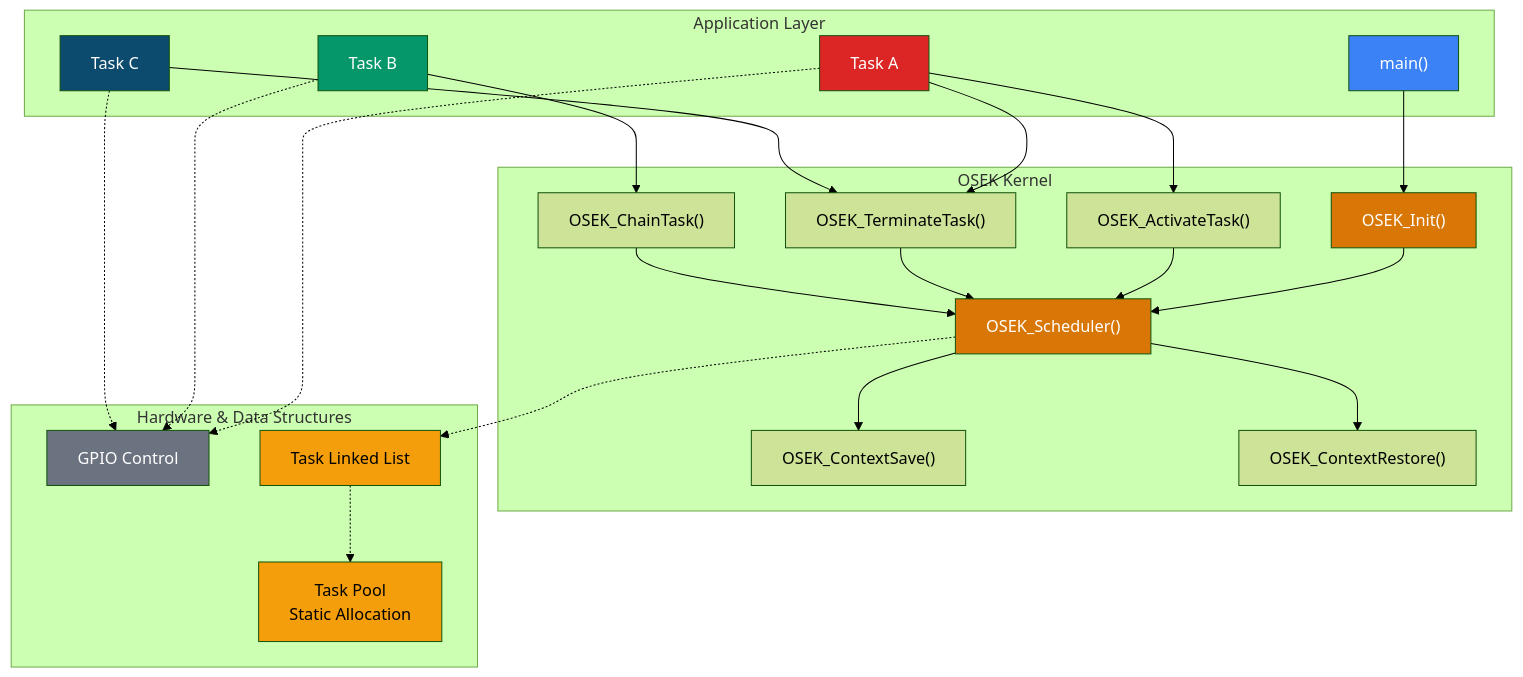
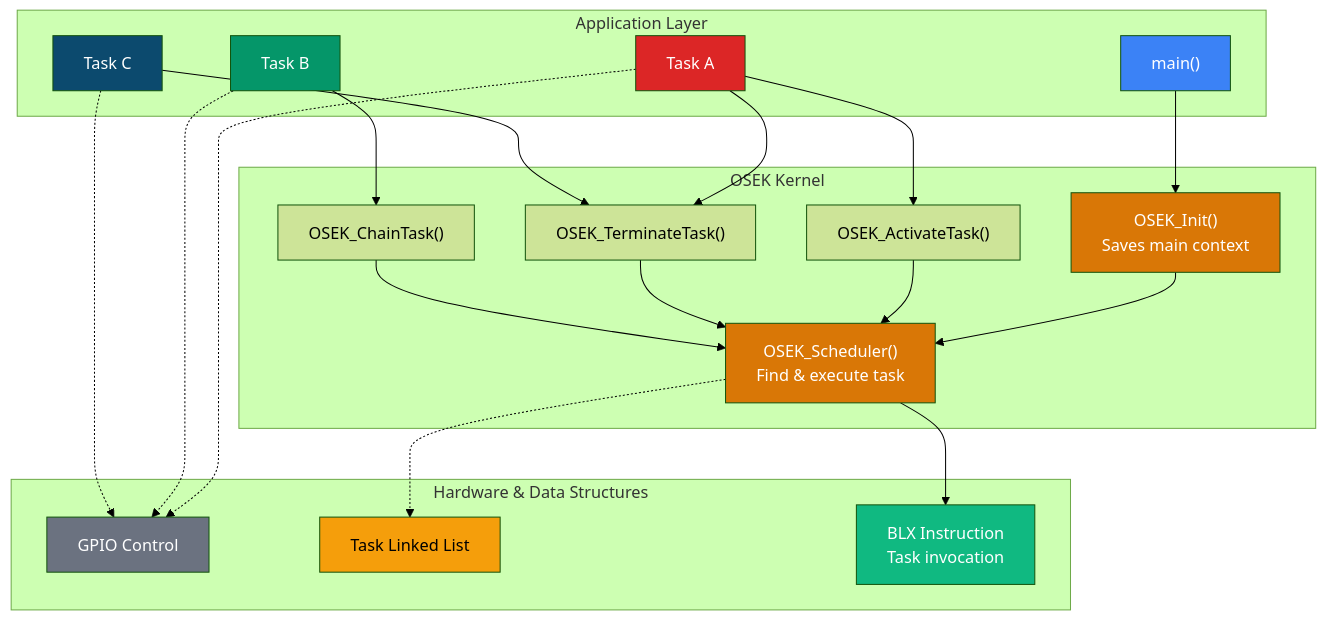
The fifth of 7 diagrams in README.md (ivansigala/OSEK), drawn with Mermaid (forest theme) before and after one commit. The commit also changed other lines of this file, not shown here.

````diff
--- a/README.md
+++ b/README.md
@@ -152,54 +158,50 @@
 ```mermaid
 graph TD
     subgraph "Application Layer"
         APP["main()"]
         TASKA["Task A"]
         TASKB["Task B"]
         TASKC["Task C"]
     end
     
     subgraph "OSEK Kernel"
-        INIT["OSEK_Init()"]
-        SCHED["OSEK_Scheduler()"]
-        CTXSAVE["OSEK_ContextSave()"]
-        CTXREST["OSEK_ContextRestore()"]
+        INIT["OSEK_Init()<br/>Saves main context"]
+        SCHED["OSEK_Scheduler()<br/>Find & execute task"]
         ACTIVATE["OSEK_ActivateTask()"]
         TERMINATE["OSEK_TerminateTask()"]
         CHAIN["OSEK_ChainTask()"]
     end
     
     subgraph "Hardware & Data Structures"
         GPIO["GPIO Control"]
-        POOL["Task Pool<br/>Static Allocation"]
         QUEUE["Task Linked List"]
+        BLX["BLX Instruction<br/>Task invocation"]
     end
     
     APP --> INIT
     TASKA --> TERMINATE
     TASKA --> ACTIVATE
     TASKB --> CHAIN
     TASKC --> TERMINATE
     
     INIT --> SCHED
-    SCHED --> CTXSAVE
-    SCHED --> CTXREST
+    SCHED --> BLX
     ACTIVATE --> SCHED
     TERMINATE --> SCHED
     CHAIN --> SCHED
     
     SCHED -.-> QUEUE
-    QUEUE -.-> POOL
     TASKA -.-> GPIO
     TASKB -.-> GPIO
     TASKC -.-> GPIO
     
     style APP fill:#3b82f6,color:#fff
     style TASKA fill:#dc2626,color:#fff
     style TASKB fill:#059669,color:#fff
     style TASKC fill:#0c4a6e,color:#fff
     style INIT fill:#d97706,color:#fff
     style SCHED fill:#d97706,color:#fff
     style GPIO fill:#6b7280,color:#fff
-    style POOL fill:#f59e0b,color:#000
     style QUEUE fill:#f59e0b,color:#000
+    style BLX fill:#10b981,color:#fff
 ```
````
